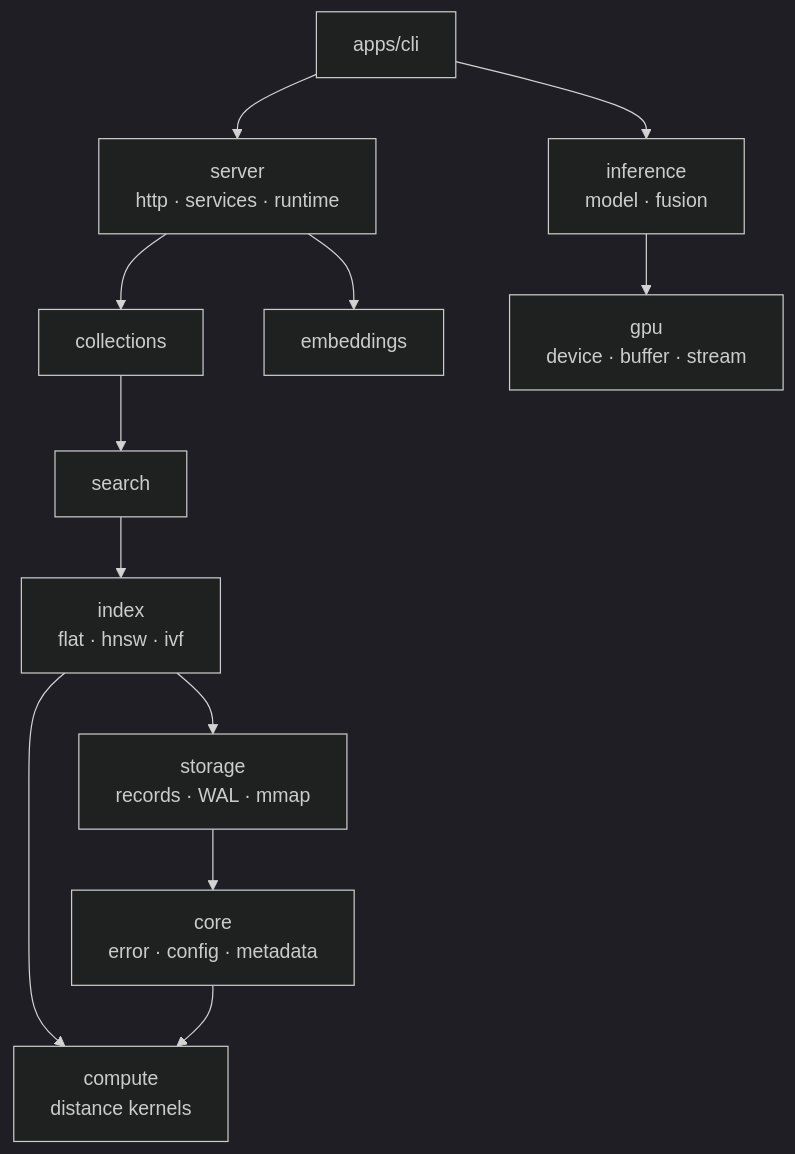
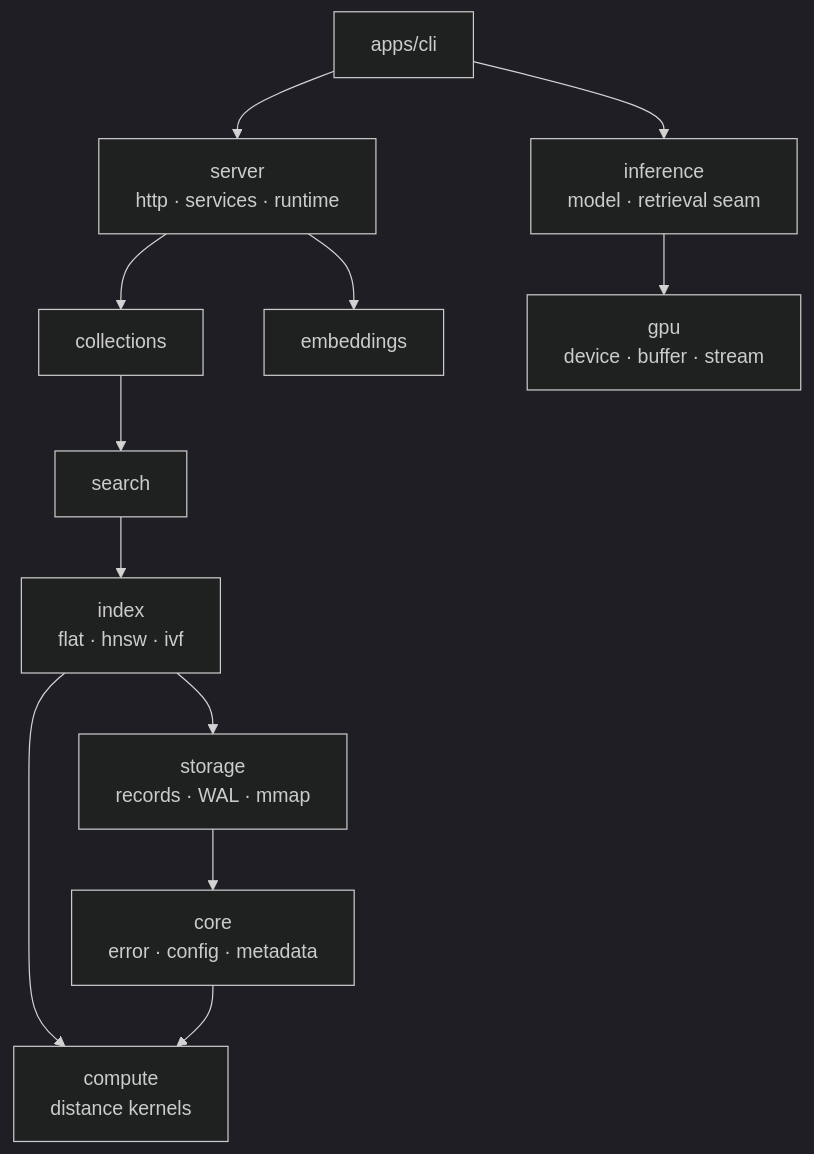
Before and after one commit to ashworks1706/Piramid: the diagram in README.md, drawn with Mermaid (dark theme). The commit also changed other lines of this file and 22 other files, not shown here.

First line of the commit message:
Fold the retrieval hook back into inference as a module

````diff
--- a/README.md
+++ b/README.md
@@ -45,26 +45,26 @@
 ```mermaid
 flowchart TD
     CLI[apps/cli]
     Server[server<br/>http · services · runtime]
-    Inference[inference<br/>model · fusion]
+    Inference[inference<br/>model · retrieval seam]
     Collections[collections]
     Embeddings[embeddings]
     Search[search]
     Index[index<br/>flat · hnsw · ivf]
     Storage[storage<br/>records · WAL · mmap]
     Core[core<br/>error · config · metadata]
     Compute[compute<br/>distance kernels]
     Gpu[gpu<br/>device · buffer · stream]
 
     CLI --> Server
     CLI --> Inference
     Server --> Collections
     Server --> Embeddings
     Inference --> Gpu
     Collections --> Search
     Search --> Index
     Index --> Storage
     Index --> Compute
     Storage --> Core
     Core --> Compute
 ```
````
